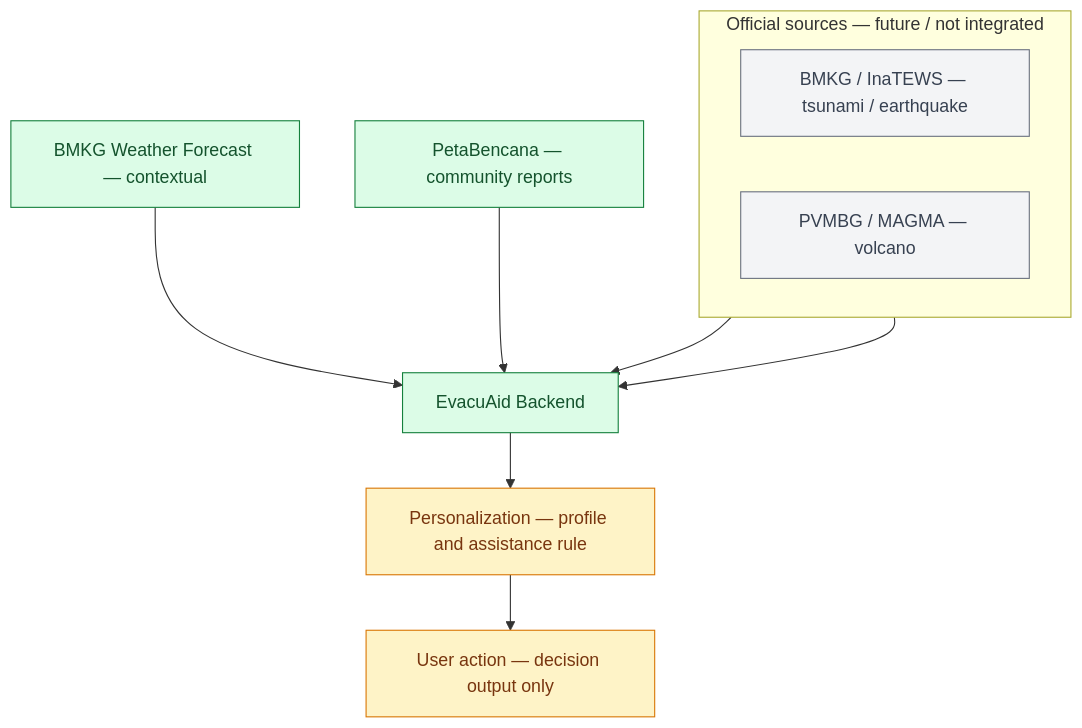
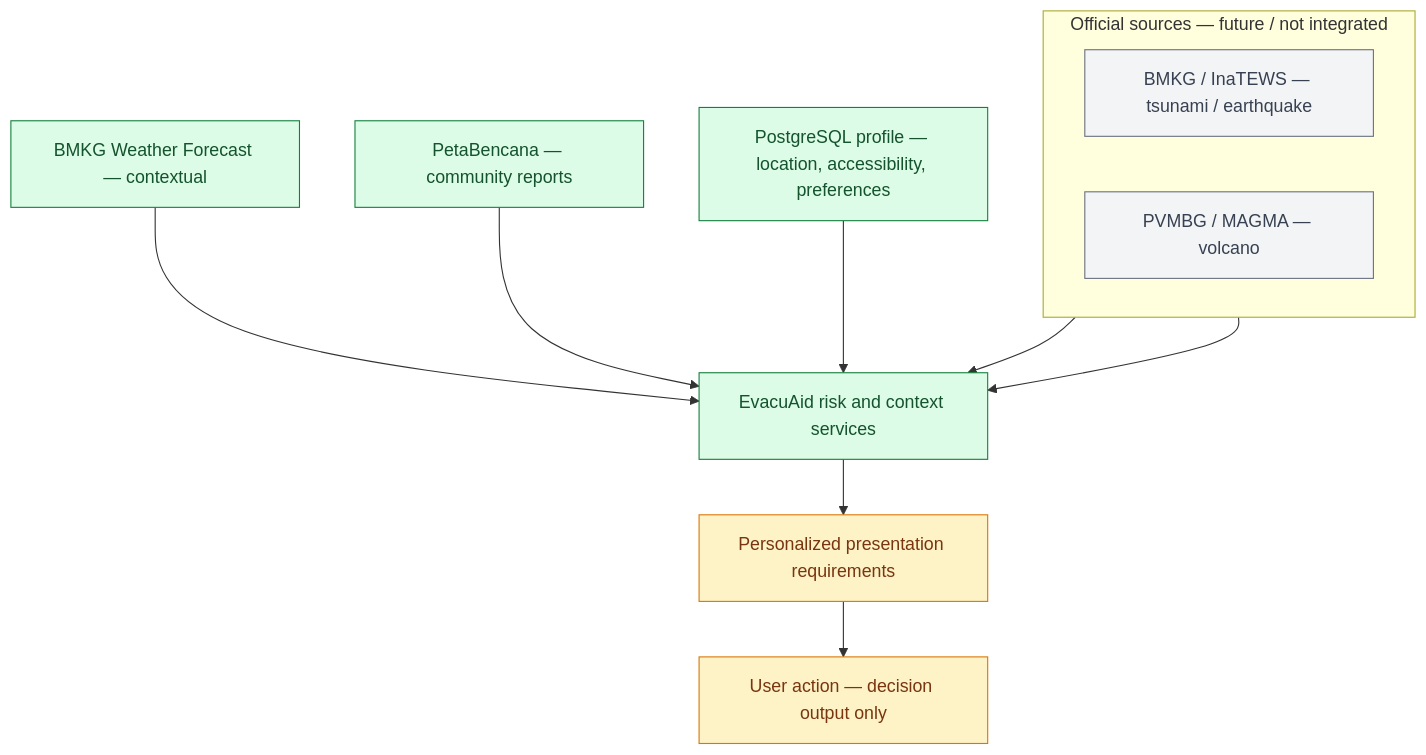
Before and after one commit to PentaHexaKong/EvacuAid: the diagram in backend/README.md, drawn with Mermaid. The commit also changed other lines of this file, not shown here.

Commit message:
docs(backend): reconcile Docker runtime README

````diff
--- a/backend/README.md
+++ b/backend/README.md
@@ -14,28 +11,30 @@
 ```mermaid
 flowchart TB
     subgraph official["Official sources — future / not integrated"]
         direction LR
         seismic["BMKG / InaTEWS — tsunami / earthquake"]
         volcano["PVMBG / MAGMA — volcano"]
     end
 
     weather["BMKG Weather Forecast — contextual"]
     reports["PetaBencana — community reports"]
-    backend["EvacuAid Backend"]
-    personalization["Personalization — profile and assistance rule"]
+    profile["PostgreSQL profile — location, accessibility, preferences"]
+    backend["EvacuAid risk and context services"]
+    personalization["Personalized presentation requirements"]
     action["User action — decision output only"]
 
     seismic --> backend
     volcano --> backend
     weather --> backend
     reports --> backend
+    profile --> backend
     backend --> personalization --> action
 
     classDef implemented fill:#dcfce7,stroke:#15803d,color:#14532d;
     classDef partial fill:#fef3c7,stroke:#d97706,color:#78350f;
     classDef future fill:#f3f4f6,stroke:#6b7280,color:#374151;
 
-    class weather,reports,backend implemented;
+    class weather,reports,profile,backend implemented;
     class personalization,action partial;
     class seismic,volcano future;
 ```
````
